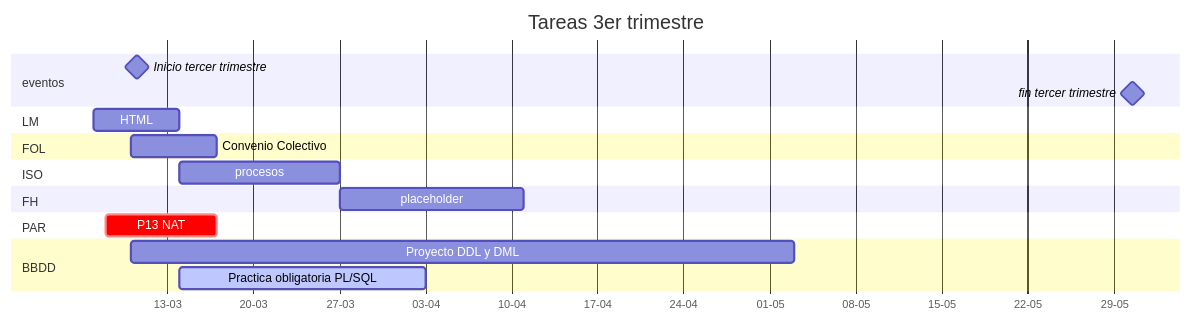
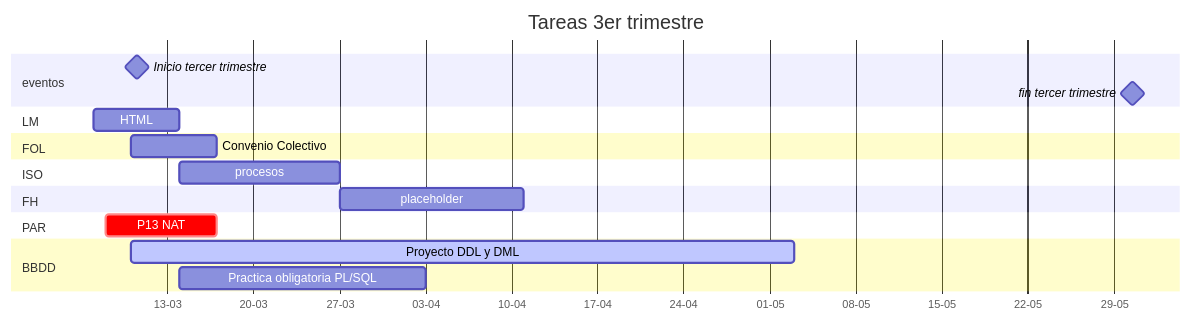
Before and after one commit to robertorodriguez98/apuntesClase: the diagram in README.md, drawn with Mermaid. The commit also changed 20 other files, not shown here.

````diff
--- a/README.md
+++ b/README.md
@@ -3,30 +3,30 @@
 ```mermaid
 gantt
     %%etiquetas posibles: done,active,crit,milestone
     title Tareas 3er trimestre
     dateFormat  DD-MM-YY
     axisFormat  %d-%m
     section eventos
     Inicio tercer trimestre : milestone,10-03-22,1d
     fin tercer trimestre : milestone,30-05-22,1d
 
     section LM
     HTML :07-03-22,7d
 
     section FOL
 	Convenio Colectivo      :10-03-22,7d
 
     section ISO
     procesos            :14-03-22,27-03-22
 
     section FH
     placeholder             :15d
 
     section PAR
     P13 NAT             :crit,nat,08-03-22,17-03-22
 
     section BBDD
-    Proyecto DDL y DML          :10-03-22,03-05-22
-    Practica obligatoria PL/SQL :active,14-03-22,03-04-22
+    Proyecto DDL y DML          :active,10-03-22,03-05-22
+    Practica obligatoria PL/SQL :14-03-22,03-04-22
 
 ```
````
